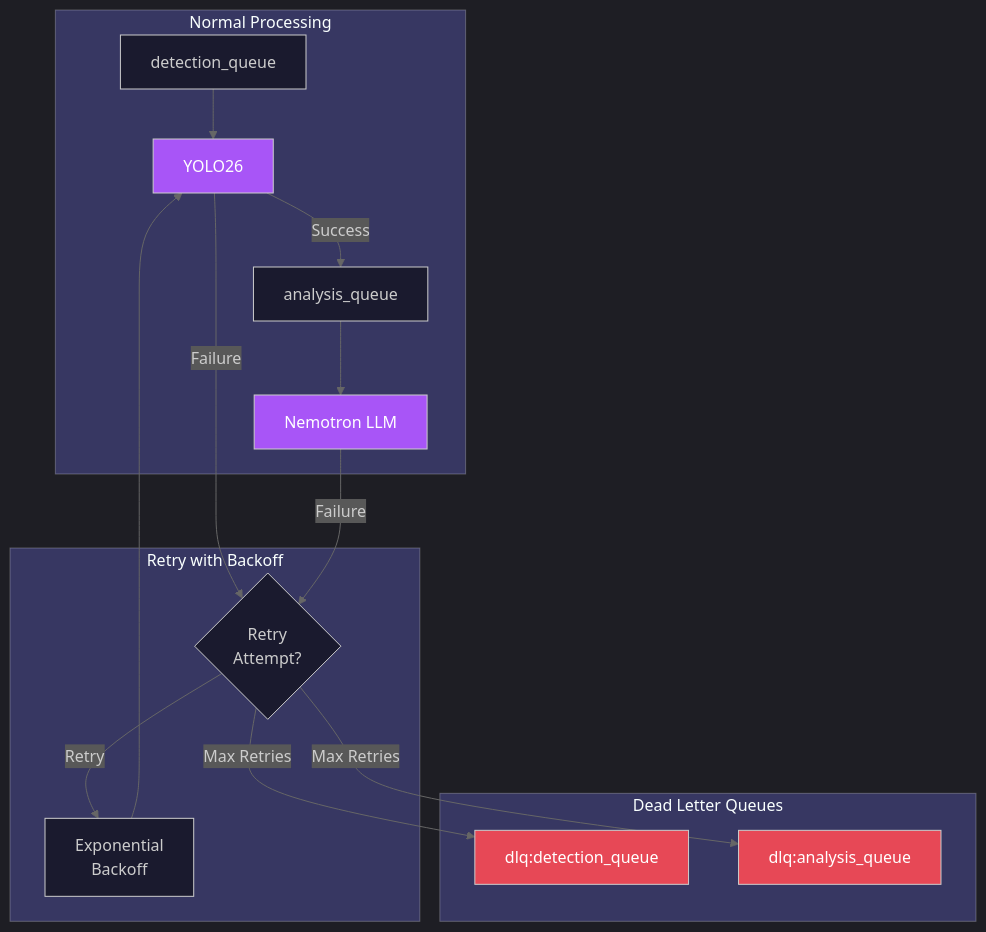
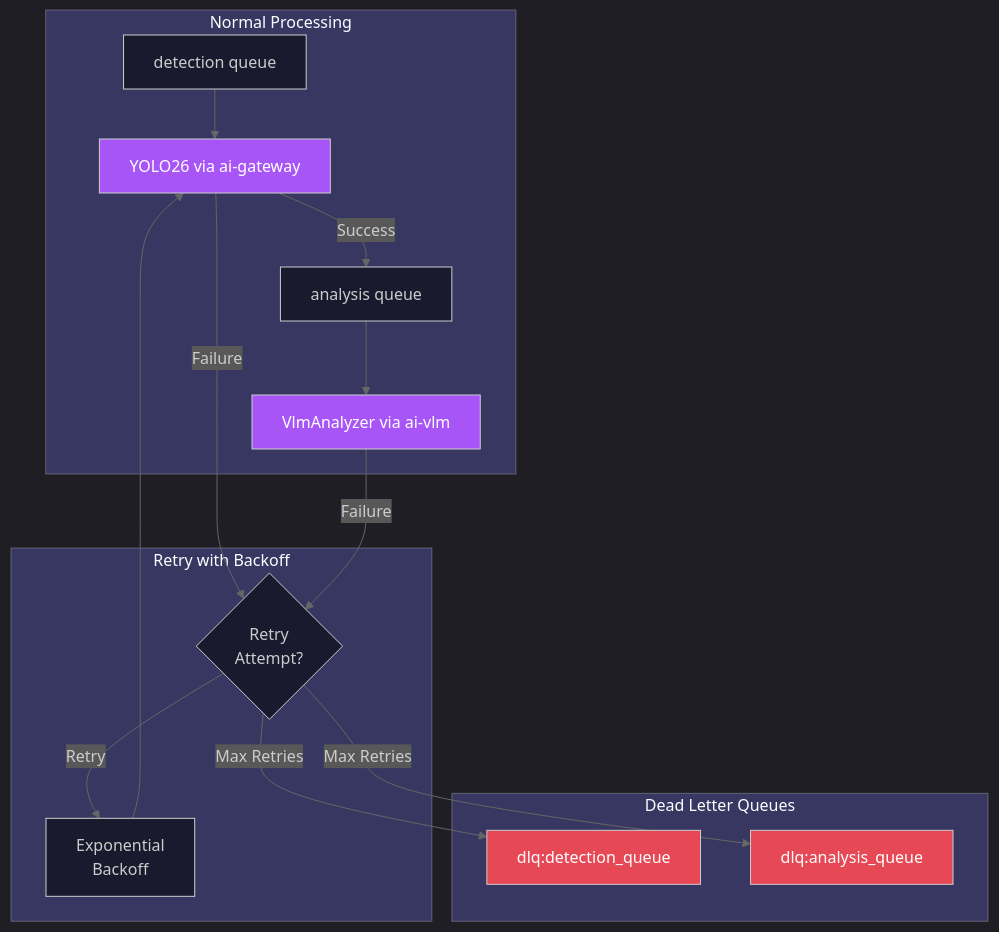
The fourth of 5 diagrams in docs/developer/api/ai-pipeline.md (mikesvoboda/nemotron-v3-home-security-intelligence), drawn with Mermaid before and after one commit. The commit also changed other lines of this file and 231 other files, not shown here.

````diff
--- a/docs/developer/api/ai-pipeline.md
+++ b/docs/developer/api/ai-pipeline.md
@@ -890,35 +722,35 @@
 ```mermaid
 %%{init: {'theme': 'dark', 'themeVariables': {'primaryColor': '#3B82F6', 'primaryTextColor': '#FFFFFF', 'primaryBorderColor': '#60A5FA', 'secondaryColor': '#A855F7', 'tertiaryColor': '#009688', 'background': '#121212', 'mainBkg': '#1a1a2e', 'lineColor': '#666666'}}}%%
 flowchart TB
     subgraph Processing["Normal Processing"]
-        DQ[detection_queue]
-        AQ[analysis_queue]
-        RT[YOLO26]
-        NEM[Nemotron LLM]
+        DQ[detection queue]
+        AQ[analysis queue]
+        RT[YOLO26 via ai-gateway]
+        VLM[VlmAnalyzer via ai-vlm]
     end
 
     subgraph Retry["Retry with Backoff"]
         R1{Retry<br/>Attempt?}
         BACK[Exponential<br/>Backoff]
     end
 
     subgraph DLQ["Dead Letter Queues"]
         DLQ1[dlq:detection_queue]
         DLQ2[dlq:analysis_queue]
     end
 
     DQ --> RT
     RT -->|Success| AQ
     RT -->|Failure| R1
     R1 -->|Retry| BACK --> RT
     R1 -->|Max Retries| DLQ1
 
-    AQ --> NEM
-    NEM -->|Failure| R1
+    AQ --> VLM
+    VLM -->|Failure| R1
     R1 -->|Max Retries| DLQ2
 
     style DLQ1 fill:#E74856,color:#fff
     style DLQ2 fill:#E74856,color:#fff
     style RT fill:#A855F7,color:#fff
-    style NEM fill:#A855F7,color:#fff
+    style VLM fill:#A855F7,color:#fff
 ```
````
